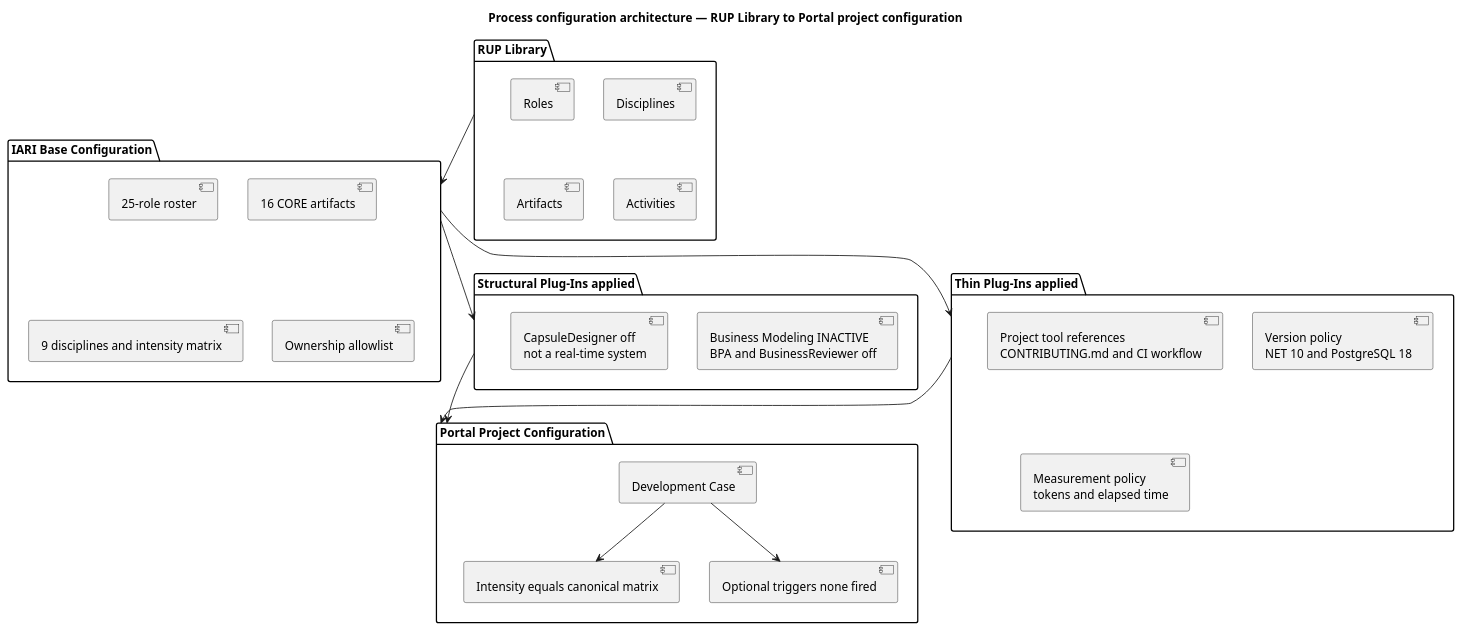
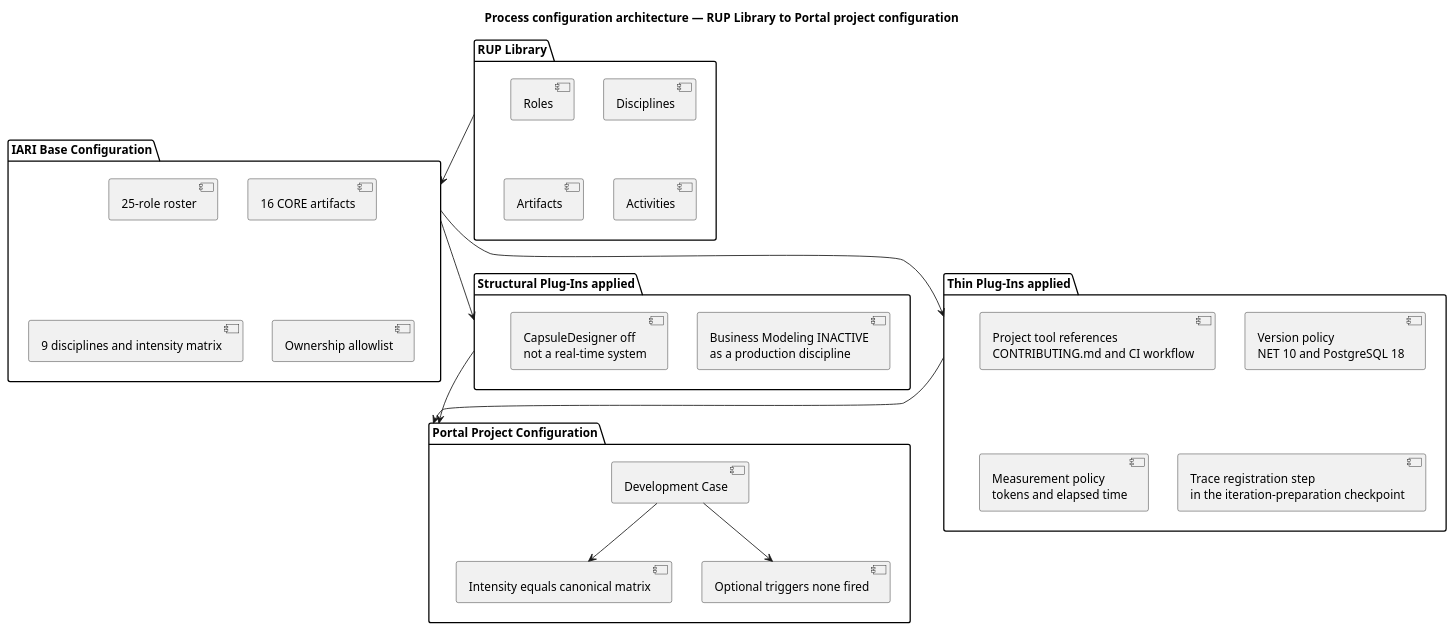
The third of 6 diagrams in docs/artifacts/environment/development-case.md (banense-test/portal), drawn with PlantUML before and after one commit. The commit also changed other lines of this file, not shown here.

````diff
--- a/docs/artifacts/environment/development-case.md
+++ b/docs/artifacts/environment/development-case.md
@@ -199,44 +212,45 @@
 ```plantuml
 @startuml
 title Process configuration architecture — RUP Library to Portal project configuration
 
 package "RUP Library" as LIB {
   [Disciplines] as D
   [Roles] as R
   [Artifacts] as A
   [Activities] as ACT
 }
 
 package "IARI Base Configuration" as BASE {
   [25-role roster] as R25
   [16 CORE artifacts] as C16
   [9 disciplines and intensity matrix] as D9
   [Ownership allowlist] as OWN
 }
 
 package "Thin Plug-Ins applied" as THIN {
   [Project tool references\nCONTRIBUTING.md and CI workflow] as P1
   [Version policy\nNET 10 and PostgreSQL 18] as P2
   [Measurement policy\ntokens and elapsed time] as P3
+  [Trace registration step\nin the iteration-preparation checkpoint] as P4
 }
 
 package "Structural Plug-Ins applied" as STRUCT {
-  [Business Modeling INACTIVE\nBPA and BusinessReviewer off] as S1
+  [Business Modeling INACTIVE\nas a production discipline] as S1
   [CapsuleDesigner off\nnot a real-time system] as S2
 }
 
 package "Portal Project Configuration" as PROJ {
   [Development Case] as DC
   [Intensity equals canonical matrix] as INT
   [Optional triggers none fired] as OPT
 }
 
 LIB --> BASE
 BASE --> THIN
 BASE --> STRUCT
 THIN --> PROJ
 STRUCT --> PROJ
 DC --> INT
 DC --> OPT
 @enduml
 ```
````
